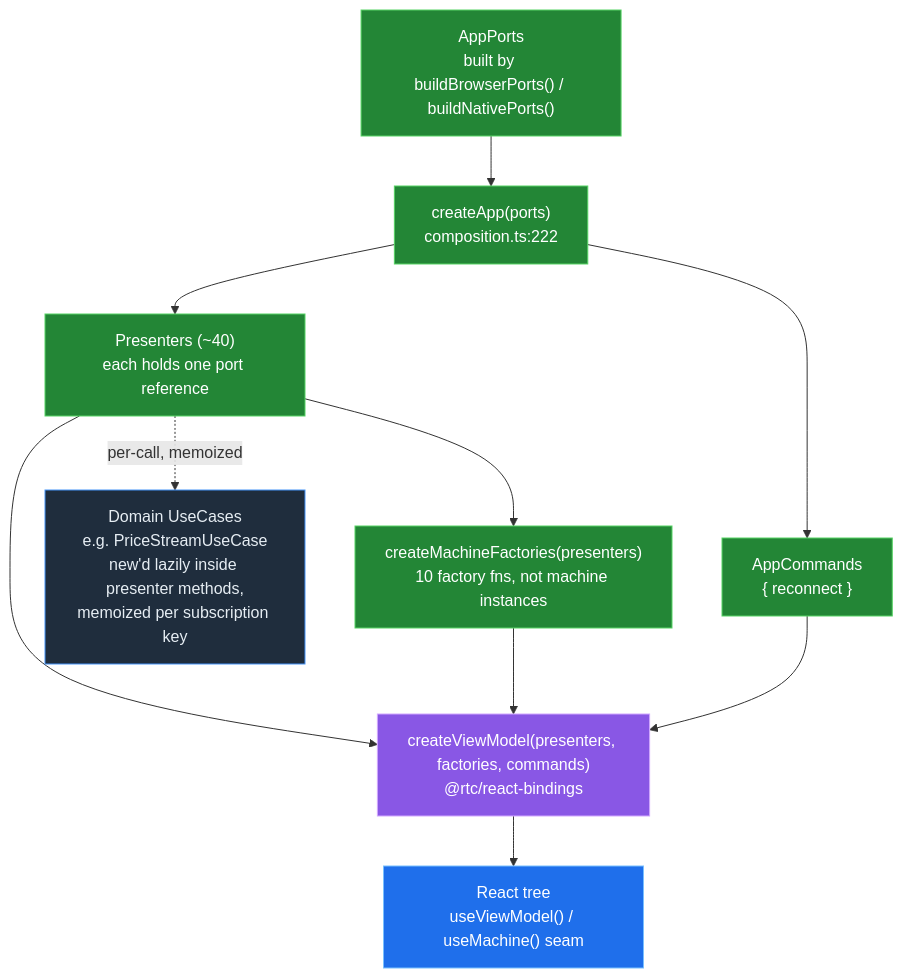
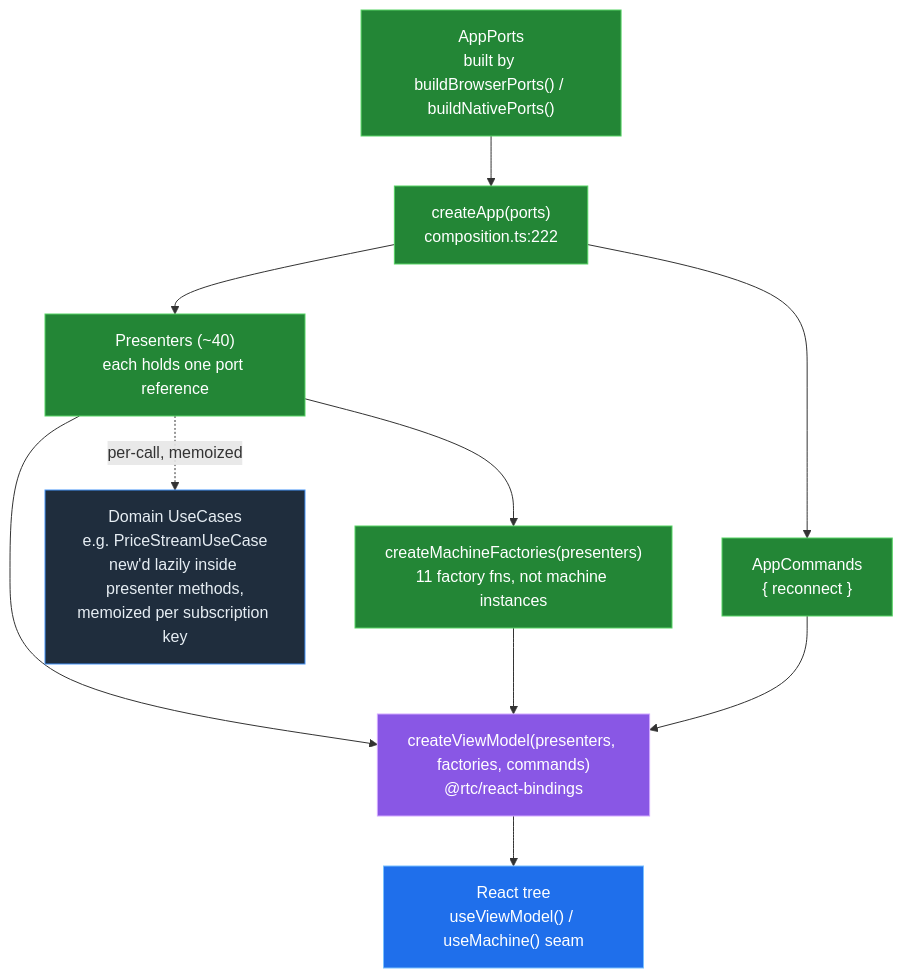
One commit to bettersoftware-io/ReactiveTraderCloudClone changed the first of 4 diagrams in docs/architecture/14-composition-and-wiring.md. Above: the diagram before and after it, drawn with Mermaid. The commit also changed other lines of this file, not shown here.

First line of the commit message:
fix(docs): correct §14 factory count, bootGate wiring call-out, line citations

````diff
--- a/docs/architecture/14-composition-and-wiring.md
+++ b/docs/architecture/14-composition-and-wiring.md
@@ -32,26 +32,26 @@
 ```mermaid
 flowchart TD
     Ports["AppPorts<br/>built by buildBrowserPorts() / buildNativePorts()"]:::core
     Create["createApp(ports)<br/>composition.ts:222"]:::core
     Pres["Presenters (~40)<br/>each holds one port reference"]:::core
     Cmd["AppCommands<br/>{ reconnect }"]:::core
     UC["Domain UseCases<br/>e.g. PriceStreamUseCase<br/>new'd lazily inside presenter methods,<br/>memoized per subscription key"]:::domain
-    Mach["createMachineFactories(presenters)<br/>10 factory fns, not machine instances"]:::core
+    Mach["createMachineFactories(presenters)<br/>11 factory fns, not machine instances"]:::core
     VM["createViewModel(presenters, factories, commands)<br/>@rtc/react-bindings"]:::bridge
     UI["React tree<br/>useViewModel() / useMachine() seam"]:::ui
 
     Ports --> Create
     Create --> Pres
     Create --> Cmd
     Pres -.->|"per-call, memoized"| UC
     Pres --> Mach
     Pres --> VM
     Mach --> VM
     Cmd --> VM
     VM --> UI
 
     classDef ui     fill:#1f6feb,stroke:#79c0ff,color:#ffffff
     classDef bridge fill:#8957e5,stroke:#d2a8ff,color:#ffffff
     classDef core   fill:#238636,stroke:#56d364,color:#ffffff
     classDef domain fill:#1f2d3d,stroke:#4493f8,color:#e6edf3
 ```
````
